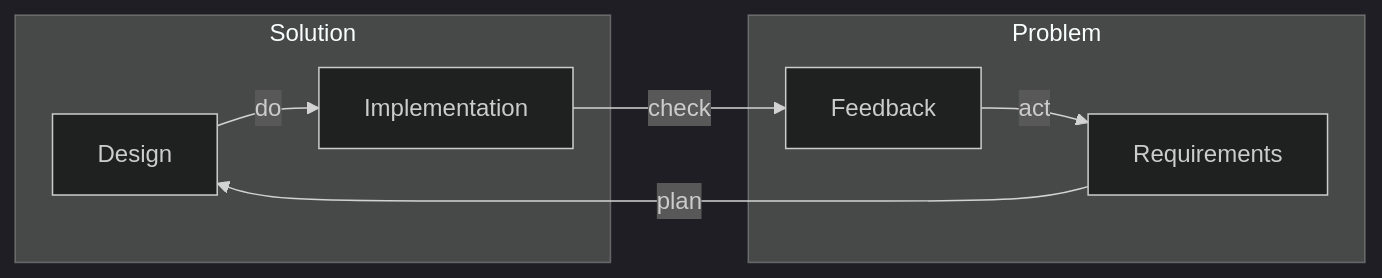
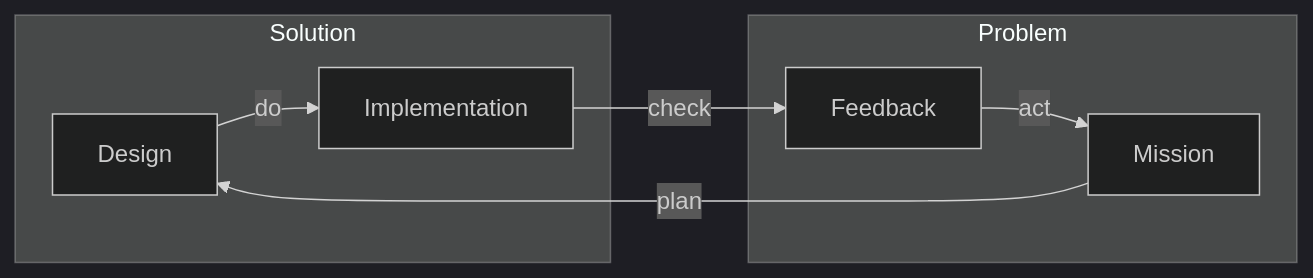
The fifth of 11 diagrams in README.md (firstprinciplesthinking/paper_development_lifecycle), drawn with Mermaid (dark theme) before and after one commit. The commit also changed other lines of this file, not shown here.

Commit message:
Expand mission control

````diff
--- a/README.md
+++ b/README.md
@@ -86,17 +88,17 @@
 ```mermaid
    flowchart LR
       subgraph  Solution
          Design
          Implementation
       end
       
       subgraph  Problem
-         Requirements
+         Mission
          Feedback
       end
 
-      Requirements--"plan"-->Design
+      Mission--"plan"-->Design
       Design--"do"-->Implementation
       Implementation--"check"-->Feedback
-      Feedback--"act"-->Requirements
+      Feedback--"act"-->Mission
 ```
````
